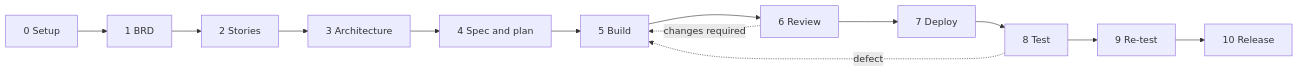
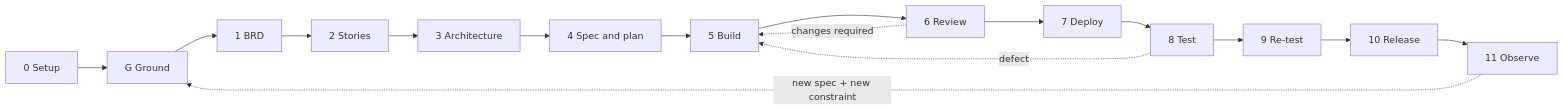
The diagram in README.md (nagarroARBsf/Sf-skills-agents), drawn with Mermaid before and after one commit. The commit also changed other lines of this file and 93 other files, not shown here.

````diff
--- a/README.md
+++ b/README.md
@@ -159,8 +161,9 @@
 ```mermaid
 flowchart LR
-    S["0 Setup"] --> B["1 BRD"] --> J["2 Stories"] --> A["3 Architecture"]
+    S["0 Setup"] --> G["G Ground"] --> B["1 BRD"] --> J["2 Stories"] --> A["3 Architecture"]
     A --> P["4 Spec and plan"] --> D["5 Build"] --> R["6 Review"]
-    R --> V["7 Deploy"] --> Q["8 Test"] --> T["9 Re-test"] --> L["10 Release"]
+    R --> V["7 Deploy"] --> Q["8 Test"] --> T["9 Re-test"] --> L["10 Release"] --> O["11 Observe"]
     Q -. "defect" .-> D
     R -. "changes required" .-> D
+    O -. "new spec + new constraint" .-> G
 ```
````
